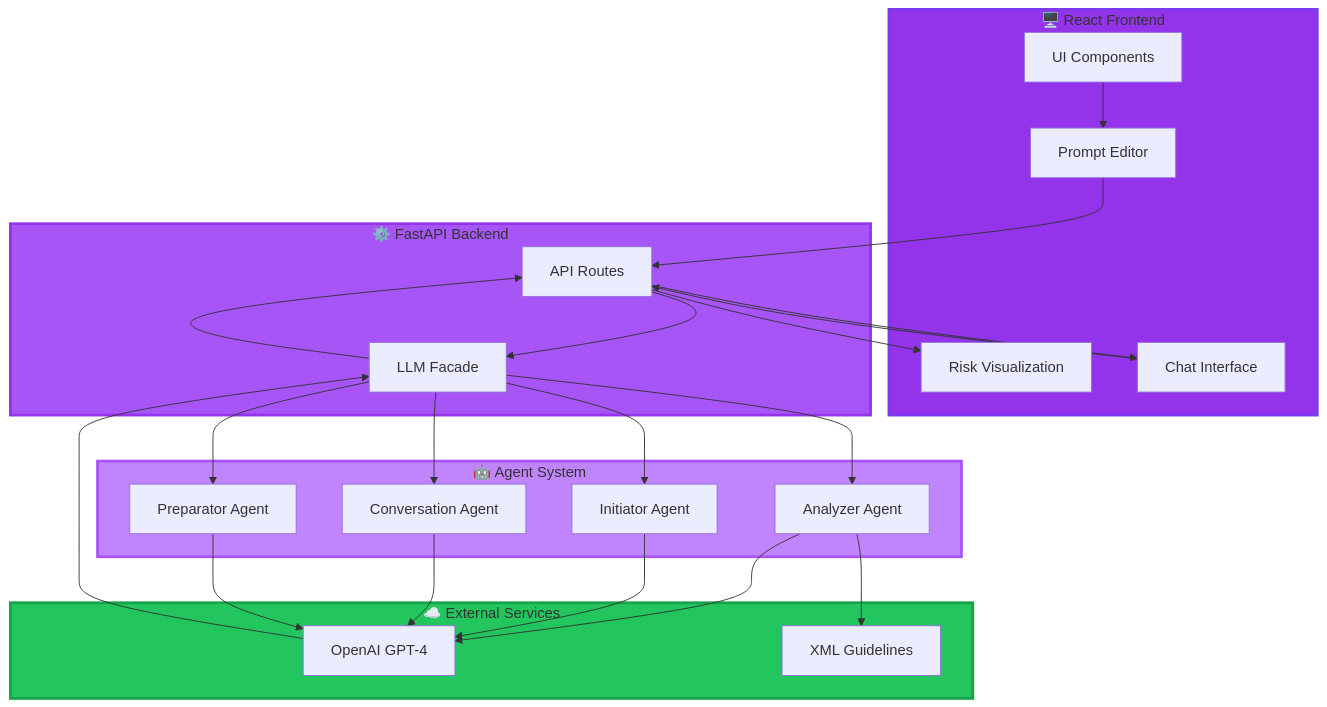
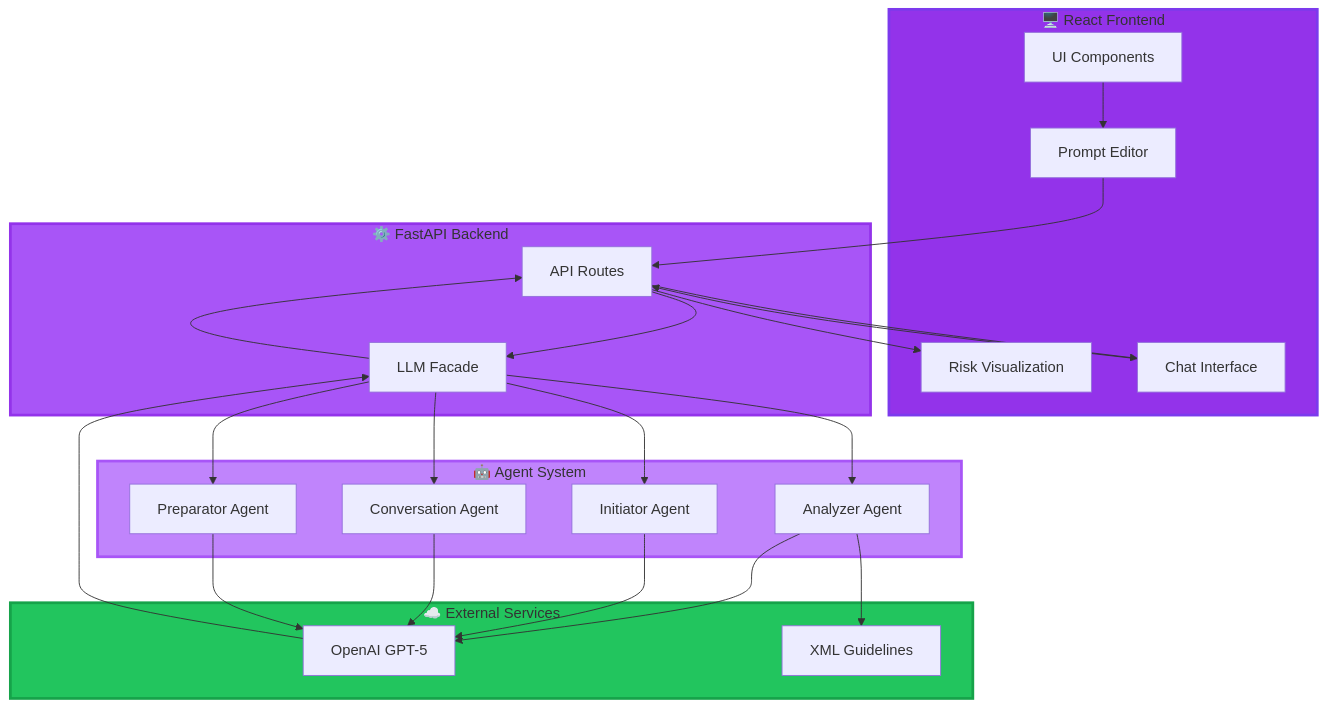
Before and after one commit to MoNejjar/echo-hallucination-detect: the second of 2 diagrams in README.md, drawn with Mermaid. The commit also changed other lines of this file, not shown here.

Commit message:
Update references from GPT-4 to GPT-5

````diff
--- a/README.md
+++ b/README.md
@@ -450,49 +450,49 @@
 ```mermaid
 flowchart TB
     subgraph Client["🖥️ React Frontend"]
         UI[UI Components]
         Editor[Prompt Editor]
         Viz[Risk Visualization]
         Chat[Chat Interface]
     end
     
     subgraph Server["⚙️ FastAPI Backend"]
         Routes[API Routes]
         Facade[LLM Facade]
     end
     
     subgraph Agents["🤖 Agent System"]
         Analyzer[Analyzer Agent]
         Initiator[Initiator Agent]
         Conversation[Conversation Agent]
         Preparator[Preparator Agent]
     end
     
     subgraph External["☁️ External Services"]
-        OpenAI[OpenAI GPT-4]
+        OpenAI[OpenAI GPT-5]
         Guidelines[XML Guidelines]
     end
     
     UI --> Editor
     Editor --> Routes
     Chat --> Routes
     Routes --> Facade
     Facade --> Analyzer
     Facade --> Initiator
     Facade --> Conversation
     Facade --> Preparator
     Analyzer --> OpenAI
     Analyzer --> Guidelines
     Initiator --> OpenAI
     Conversation --> OpenAI
     Preparator --> OpenAI
     OpenAI --> Facade
     Facade --> Routes
     Routes --> Viz
     Routes --> Chat
     
     style Client fill:#9333ea,stroke:#7c3aed,stroke-width:3px
     style Server fill:#a855f7,stroke:#9333ea,stroke-width:3px
     style Agents fill:#c084fc,stroke:#a855f7,stroke-width:3px
     style External fill:#22c55e,stroke:#16a34a,stroke-width:3px
 ```
````
